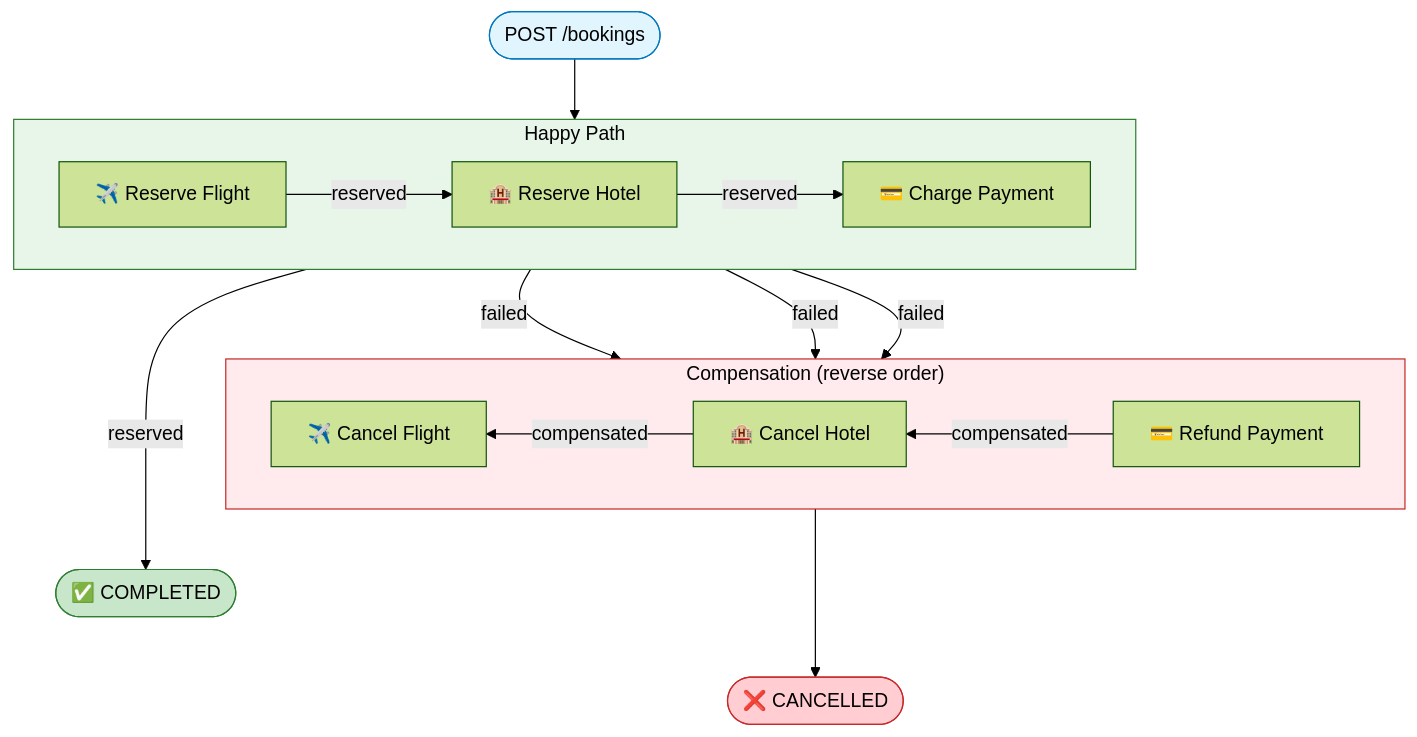
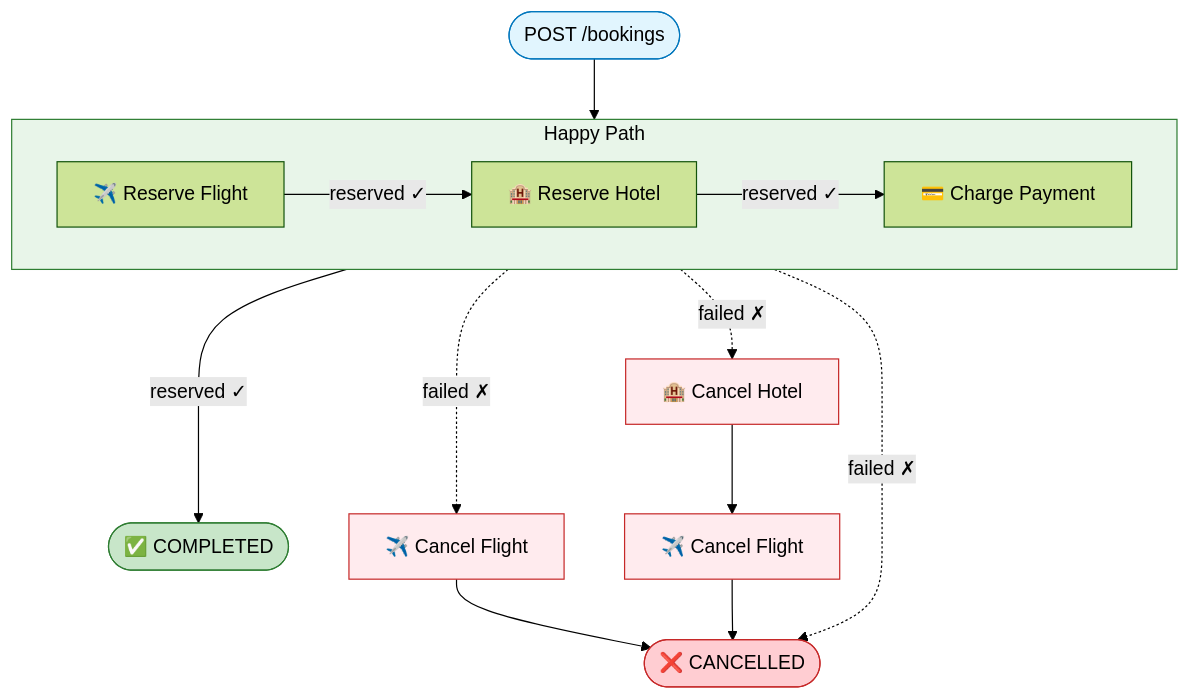
One commit to mrzodeczko-dev/Distributed-Trip-Booking-System---Saga-Orchestration changed the second of 2 diagrams in README.md. Above: the diagram before and after it, drawn with Mermaid (forest theme).

Commit message:
update README to reflect changes in saga flow and compensation handling

````diff
--- a/README.md
+++ b/README.md
@@ -87,34 +87,28 @@
 ```mermaid
 flowchart TD
     START(["POST /bookings"]) --> FL
 
     subgraph HAPPY["Happy Path"]
         direction LR
         FL["✈️ Reserve Flight"]
         HT["🏨 Reserve Hotel"]
         PM["💳 Charge Payment"]
-        FL -- "reserved" --> HT -- "reserved" --> PM
+        FL -- "reserved ✓" --> HT -- "reserved ✓" --> PM
     end
 
-    PM -- "reserved" ---> OK(["✅ COMPLETED"])
+    PM -- "reserved ✓" ---> OK(["✅ COMPLETED"])
 
-    FL -- "failed" --> C_FL
-    HT -- "failed" --> C_HT
-    PM -- "failed" --> C_PM
+    FL -. "failed ✗" .-> CANCEL(["❌ CANCELLED"])
 
-    subgraph COMP["Compensation (reverse order)"]
-        direction RL
-        C_PM["💳 Refund Payment"]
-        C_HT["🏨 Cancel Hotel"]
-        C_FL["✈️ Cancel Flight"]
-        C_PM -- "compensated" --> C_HT -- "compensated" --> C_FL
-    end
+    HT -. "failed ✗" .-> CF1["✈️ Cancel Flight"] --> CANCEL
 
-    C_FL ---> CANCEL(["❌ CANCELLED"])
+    PM -. "failed ✗" .-> CH["🏨 Cancel Hotel"] --> CF2["✈️ Cancel Flight"] --> CANCEL
 
     style HAPPY fill:#e8f5e9,stroke:#2e7d32,color:#000
-    style COMP fill:#ffebee,stroke:#c62828,color:#000
     style OK fill:#c8e6c9,stroke:#2e7d32,color:#000
     style CANCEL fill:#ffcdd2,stroke:#c62828,color:#000
     style START fill:#e1f5fe,stroke:#0277bd,color:#000
+    style CF1 fill:#ffebee,stroke:#c62828,color:#000
+    style CF2 fill:#ffebee,stroke:#c62828,color:#000
+    style CH fill:#ffebee,stroke:#c62828,color:#000
 ```
````
